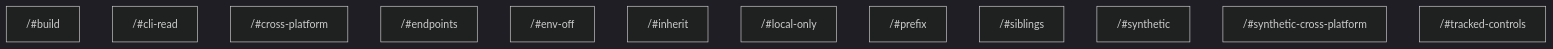
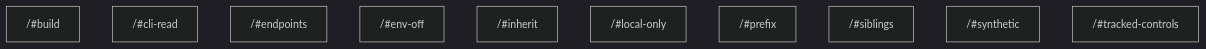
The diagram in crates/vt_plan/tests/plan_snapshots/fixtures/remote_cache_config/snapshots/task_graph.md (voidzero-dev/vite-task), drawn with Mermaid (dark theme) before and after one commit. The commit also changed other lines of this file and 120 other files, not shown here.

First line of the commit message:
feat(cache): declare the platform a task depends on with `cache.platform`

````diff
--- a/crates/vt_plan/tests/plan_snapshots/fixtures/remote_cache_config/snapshots/task_graph.md
+++ b/crates/vt_plan/tests/plan_snapshots/fixtures/remote_cache_config/snapshots/task_graph.md
@@ -3,15 +3,13 @@
 ```mermaid
 flowchart TD
   task_0["<workspace>/#build"]
   task_1["<workspace>/#cli-read"]
-  task_2["<workspace>/#cross-platform"]
-  task_3["<workspace>/#endpoints"]
-  task_4["<workspace>/#env-off"]
-  task_5["<workspace>/#inherit"]
-  task_6["<workspace>/#local-only"]
-  task_7["<workspace>/#prefix"]
-  task_8["<workspace>/#siblings"]
-  task_9["<workspace>/#synthetic"]
-  task_10["<workspace>/#synthetic-cross-platform"]
-  task_11["<workspace>/#tracked-controls"]
+  task_2["<workspace>/#endpoints"]
+  task_3["<workspace>/#env-off"]
+  task_4["<workspace>/#inherit"]
+  task_5["<workspace>/#local-only"]
+  task_6["<workspace>/#prefix"]
+  task_7["<workspace>/#siblings"]
+  task_8["<workspace>/#synthetic"]
+  task_9["<workspace>/#tracked-controls"]
 ```
````
